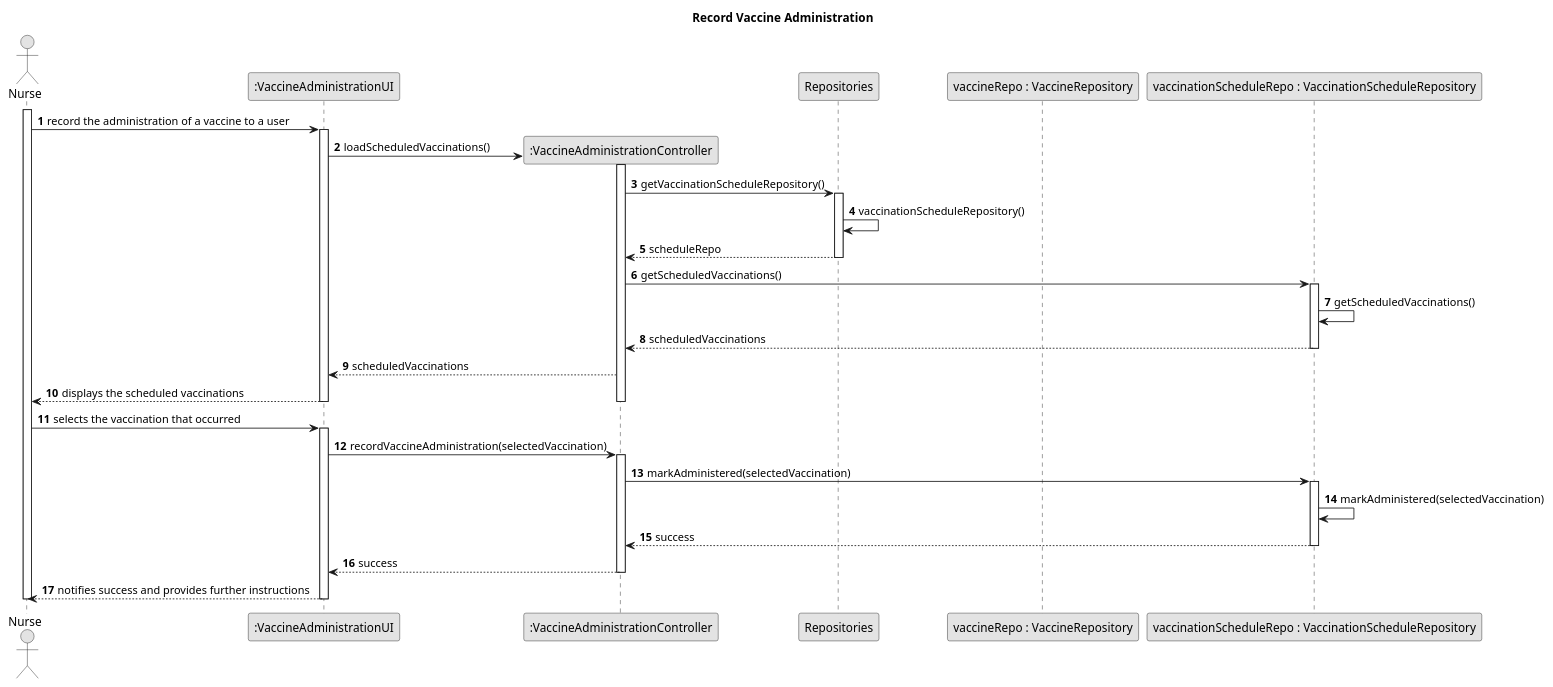
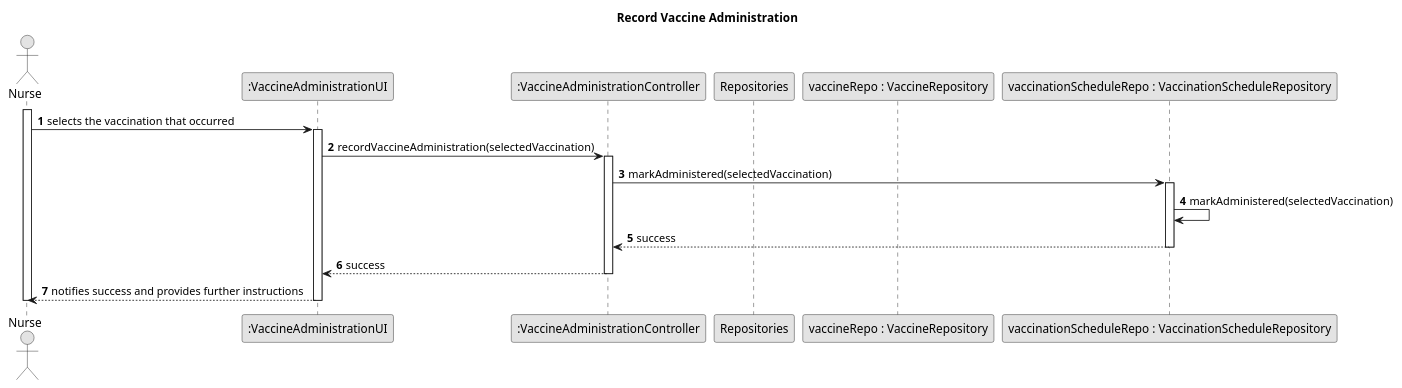
One commit to franciscomaia097/ProjectoPDS changed the diagram in sns-base/doc/global/use-cases/UC041/uc041-sd.puml. Above: the diagram before and after it, drawn with PlantUML. The commit also changed 13 other files, not shown here.

Commit message:
Fixed UML Models, added Registe User classes

```diff
--- a/sns-base/doc/global/use-cases/UC041/uc041-sd.puml
+++ b/sns-base/doc/global/use-cases/UC041/uc041-sd.puml
@@ -1,54 +1,35 @@
 @startuml
 skinparam monochrome true
 skinparam packageStyle rectangle
 skinparam shadowing false
 
 title Record Vaccine Administration
 
 autonumber
 
 actor Nurse
 participant ":VaccineAdministrationUI" as ui
 participant ":VaccineAdministrationController" as ctrl
 participant Repositories
 participant "vaccineRepo : VaccineRepository" as vaccineRepo
 participant "vaccinationScheduleRepo : VaccinationScheduleRepository" as scheduleRepo
 
 activate Nurse
 
-    Nurse -> ui : record the administration of a vaccine to a user
-    activate ui
-        ui -> ctrl** : loadScheduledVaccinations()
-        activate ctrl
-            ctrl -> Repositories : getVaccinationScheduleRepository()
-            activate Repositories
-                Repositories -> Repositories : vaccinationScheduleRepository()
-                Repositories --> ctrl : scheduleRepo
-            deactivate Repositories
-            ctrl -> scheduleRepo : getScheduledVaccinations()
-            activate scheduleRepo
-                scheduleRepo -> scheduleRepo : getScheduledVaccinations()
-                scheduleRepo --> ctrl : scheduledVaccinations
-            deactivate scheduleRepo
-            ctrl --> ui : scheduledVaccinations
-            ui --> Nurse : displays the scheduled vaccinations
-        deactivate ctrl
-    deactivate ui
-
     Nurse -> ui : selects the vaccination that occurred
     activate ui
         ui -> ctrl : recordVaccineAdministration(selectedVaccination)
         activate ctrl
             ctrl -> scheduleRepo : markAdministered(selectedVaccination)
             activate scheduleRepo
                 scheduleRepo -> scheduleRepo : markAdministered(selectedVaccination)
                 scheduleRepo --> ctrl : success
             deactivate scheduleRepo
             ctrl --> ui : success
         deactivate ctrl
         ui --> Nurse : notifies success and provides further instructions
     deactivate ui
 
 deactivate Nurse
 
 @enduml
```
